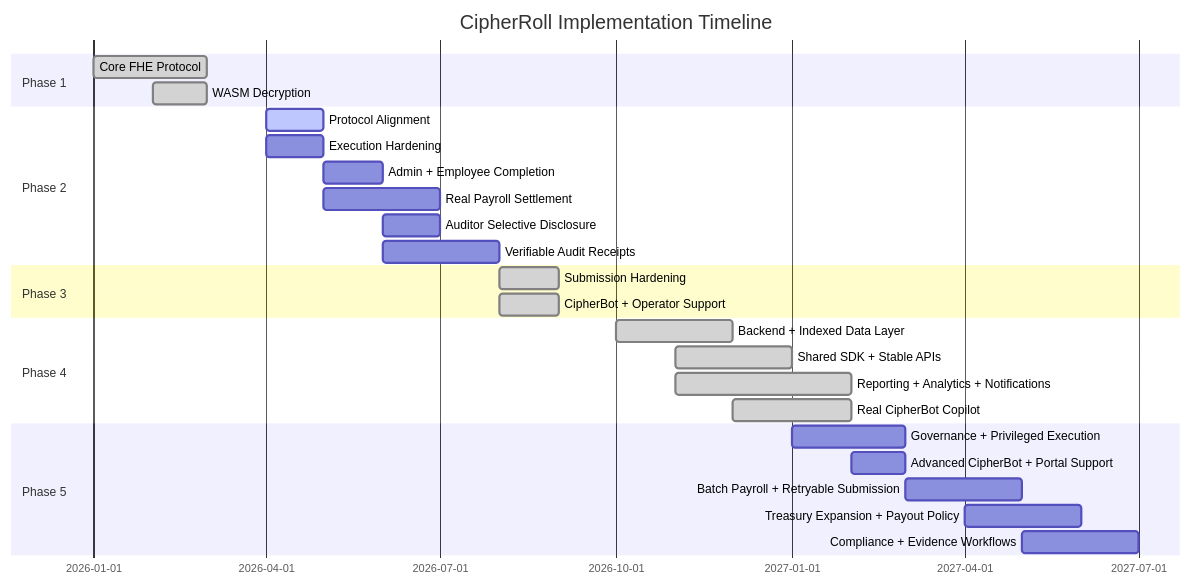
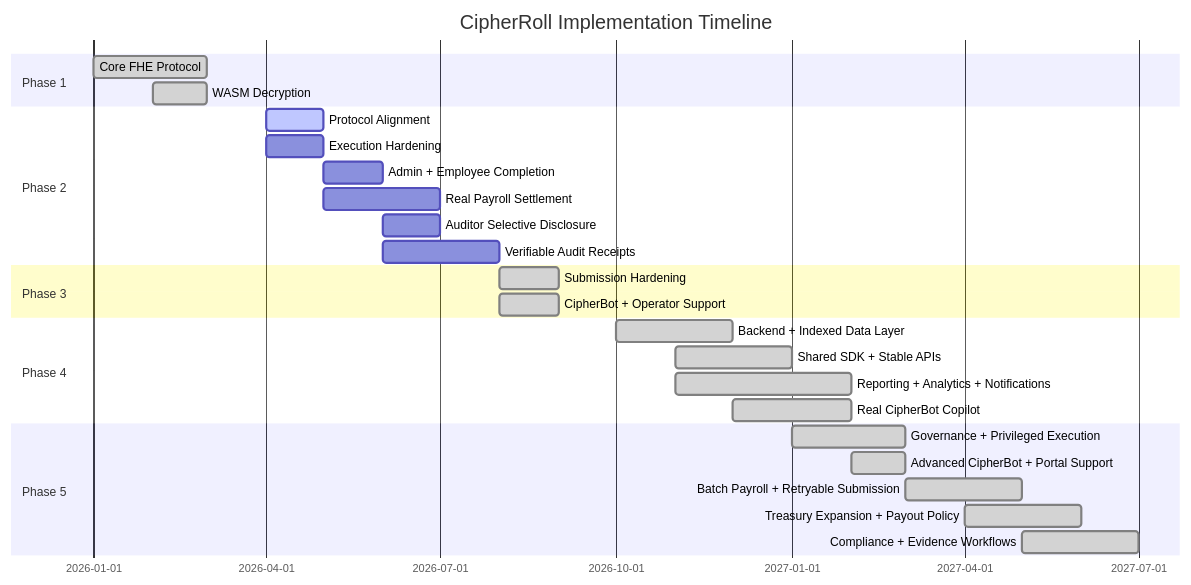
The diagram in docs/ROADMAP.md (PhanTom497/CipherRoll), drawn with Mermaid before and after one commit. The commit also changed other lines of this file and 39 other files, not shown here.

Commit message:
added multiple models for cipherbot, added batch payroll , added compliance portal , expanded treasury

````diff
--- a/docs/ROADMAP.md
+++ b/docs/ROADMAP.md
@@ -267,29 +267,29 @@
 ```mermaid
 gantt
     title CipherRoll Implementation Timeline
     dateFormat YYYY-MM
     section Phase 1
     Core FHE Protocol :done, p1, 2026-01, 2026-03
     WASM Decryption :done, p2, 2026-02, 2026-03
     section Phase 2
     Protocol Alignment :active, p3, 2026-04, 2026-05
     Execution Hardening : p4, 2026-04, 2026-05
     Admin + Employee Completion : p5, 2026-05, 2026-06
     Real Payroll Settlement : p6, 2026-05, 2026-07
     Auditor Selective Disclosure : p7, 2026-06, 2026-07
     Verifiable Audit Receipts : p8, 2026-06, 2026-08
     section Phase 3
     Submission Hardening :done, p9, 2026-08, 2026-09
     CipherBot + Operator Support :done, p10, 2026-08, 2026-09
     section Phase 4
     Backend + Indexed Data Layer :done, p11, 2026-10, 2026-12
     Shared SDK + Stable APIs :done, p12, 2026-11, 2027-01
     Reporting + Analytics + Notifications :done, p13, 2026-11, 2027-02
     Real CipherBot Copilot :done, p14, 2026-12, 2027-02
     section Phase 5
-    Governance + Privileged Execution : p15, 2027-01, 2027-03
-    Advanced CipherBot + Portal Support : p16, 2027-02, 2027-03
-    Batch Payroll + Retryable Submission : p17, 2027-03, 2027-05
-    Treasury Expansion + Payout Policy : p18, 2027-04, 2027-06
-    Compliance + Evidence Workflows : p19, 2027-05, 2027-07
+    Governance + Privileged Execution :done, p15, 2027-01, 2027-03
+    Advanced CipherBot + Portal Support :done, p16, 2027-02, 2027-03
+    Batch Payroll + Retryable Submission :done, p17, 2027-03, 2027-05
+    Treasury Expansion + Payout Policy :done, p18, 2027-04, 2027-06
+    Compliance + Evidence Workflows :done, p19, 2027-05, 2027-07
 ```
````
